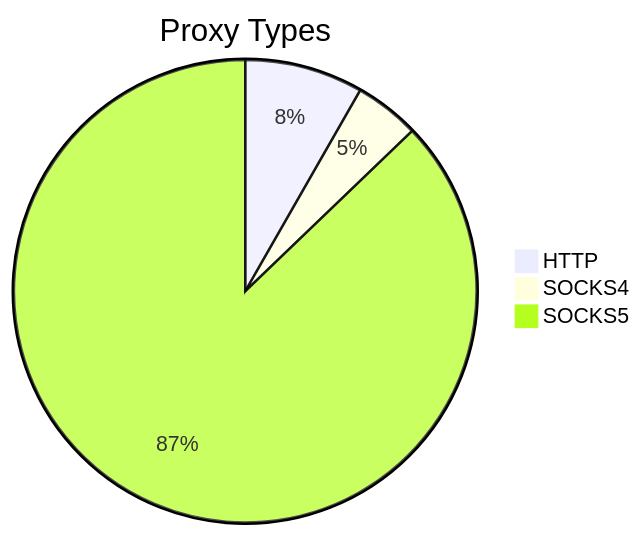
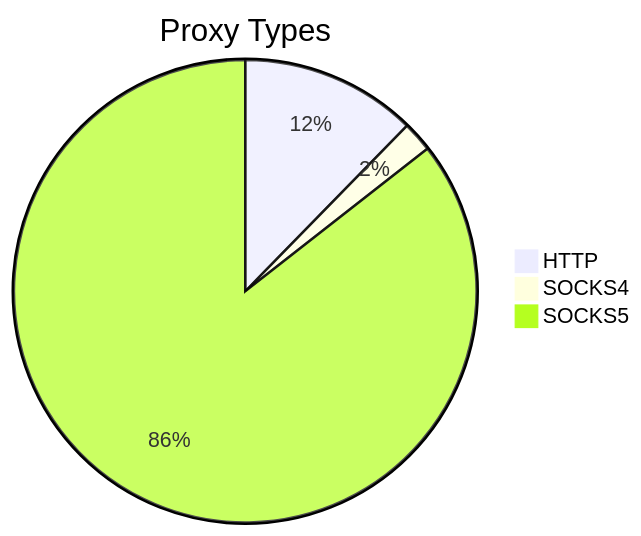
The first of 2 diagrams in README.md (stormsia/proxy-list), drawn with Mermaid before and after one commit. The commit also changed other lines of this file, not shown here.

````diff
--- a/README.md
+++ b/README.md
@@ -21,6 +21,6 @@
 ```mermaid
 pie title Proxy Types
-    "HTTP" : 149
-    "SOCKS4" : 82
-    "SOCKS5" : 1571
+    "HTTP" : 233
+    "SOCKS4" : 40
+    "SOCKS5" : 1619
 ```
````
